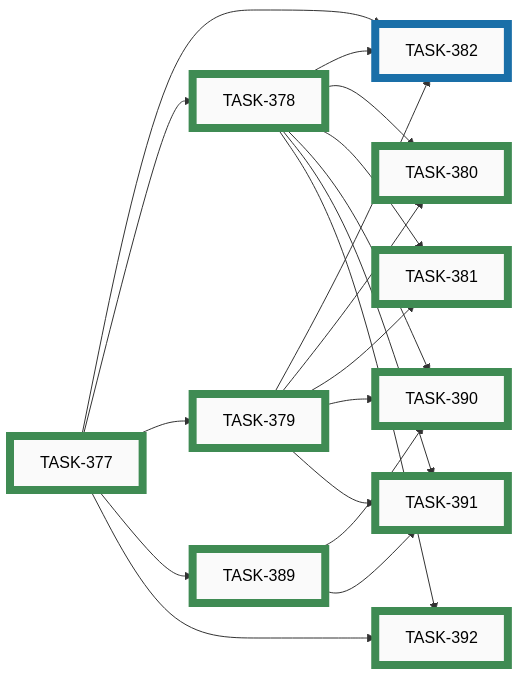
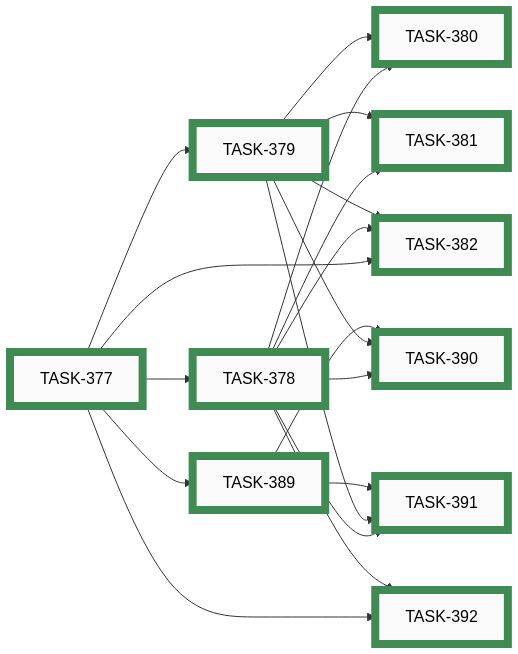
Before and after one commit to tgd1975/AwesomeGuitarPedal: the ninth of 11 diagrams in docs/developers/tasks/EPICS.md, drawn with Mermaid. The commit also changed other lines of this file and 6 other files, not shown here.

First line of the commit message:
close TASK-382 + close EPIC-029: named-pins builder docs and GitHub addition process

````diff
--- a/docs/developers/tasks/EPICS.md
+++ b/docs/developers/tasks/EPICS.md
@@ -305,49 +305,49 @@
 ```mermaid
 graph LR
-    TASK_382["TASK-382"]:::active
     TASK_377["TASK-377"]:::closed
     TASK_378["TASK-378"]:::closed
     TASK_379["TASK-379"]:::closed
     TASK_380["TASK-380"]:::closed
     TASK_381["TASK-381"]:::closed
+    TASK_382["TASK-382"]:::closed
     TASK_389["TASK-389"]:::closed
     TASK_390["TASK-390"]:::closed
     TASK_391["TASK-391"]:::closed
     TASK_392["TASK-392"]:::closed
-    TASK_377 --> TASK_382
-    TASK_378 --> TASK_382
-    TASK_379 --> TASK_382
     TASK_377 --> TASK_378
     TASK_377 --> TASK_379
     TASK_378 --> TASK_380
     TASK_379 --> TASK_380
     TASK_378 --> TASK_381
     TASK_379 --> TASK_381
+    TASK_377 --> TASK_382
+    TASK_378 --> TASK_382
+    TASK_379 --> TASK_382
     TASK_377 --> TASK_389
     TASK_378 --> TASK_390
     TASK_379 --> TASK_390
     TASK_389 --> TASK_390
     TASK_378 --> TASK_391
     TASK_379 --> TASK_391
     TASK_389 --> TASK_391
     TASK_377 --> TASK_392
     TASK_378 --> TASK_392
-    click TASK_382 "active/task-382-named-pins-builder-docs-and-github-addition-process.md"
     click TASK_377 "closed/task-377-define-v1-standard-pin-name-set.md"
     click TASK_378 "closed/task-378-hardware-config-pinnames-mapping.md"
     click TASK_379 "closed/task-379-profile-schema-accept-named-pin-references.md"
     click TASK_380 "closed/task-380-esp32-resolve-named-pins-at-config-load.md"
     click TASK_381 "closed/task-381-configurator-named-pin-ux-autocomplete-validation-warning.md"
+    click TASK_382 "closed/task-382-named-pins-builder-docs-and-github-addition-process.md"
     click TASK_389 "closed/task-389-pin-names-catalog-service.md"
     click TASK_390 "closed/task-390-action-editor-named-pin-ux.md"
     click TASK_391 "closed/task-391-missing-mapping-warning-surfaces.md"
     click TASK_392 "closed/task-392-js-config-builder-pinnames-ux.md"
     classDef open    fill:#FAFAFA,stroke:#555,stroke-width:8px,color:#000
     classDef active  fill:#FAFAFA,stroke:#1A6FA8,stroke-width:8px,color:#000
     classDef closed  fill:#FAFAFA,stroke:#3F8B53,stroke-width:8px,color:#000
     classDef paused  fill:#FAFAFA,stroke:#B07810,stroke-width:8px,color:#000
     classDef openExt    fill:#000,stroke:#888,stroke-width:8px,color:#FFF
     classDef activeExt  fill:#000,stroke:#3FA9F5,stroke-width:8px,color:#FFF
     classDef closedExt  fill:#000,stroke:#7CC68A,stroke-width:8px,color:#FFF
     classDef pausedExt  fill:#000,stroke:#F0B030,stroke-width:8px,color:#FFF
 ```
````
